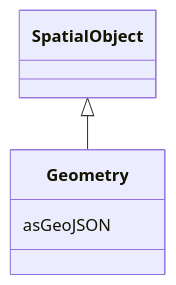
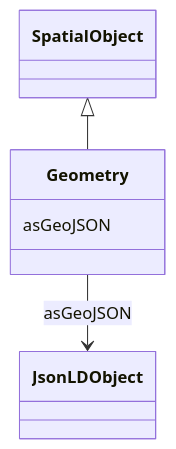
One commit to 3lbits/NoCIMExtensions changed the diagram in docs/WattApp/Geometry.md. Above: the diagram before and after it, drawn with Mermaid. The commit also changed other lines of this file and 46 other files, not shown here.

````diff
--- a/docs/WattApp/Geometry.md
+++ b/docs/WattApp/Geometry.md
@@ -16,11 +16,14 @@
 ```mermaid
  classDiagram
     class Geometry
     click Geometry href "../Geometry"
       SpatialObject <|-- Geometry
         click SpatialObject href "../SpatialObject"
       
       Geometry : asGeoJSON
         
+          Geometry --> JsonLDObject : asGeoJSON
+          click JsonLDObject href "../JsonLDObject"
+        
       
 ```
````
